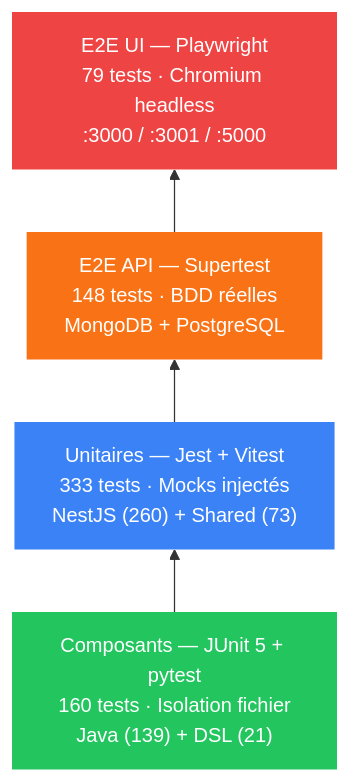
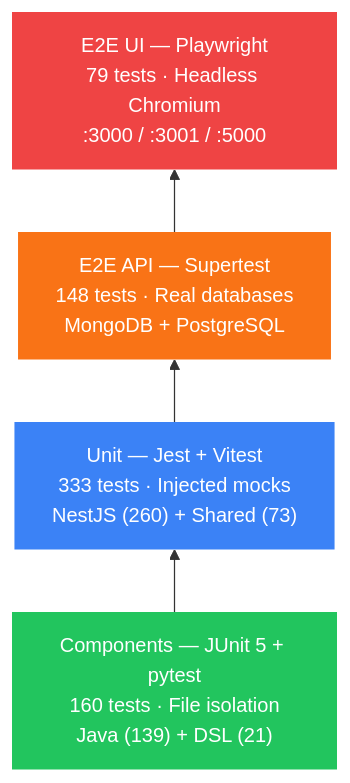
One commit to creibaud/QuartierConnect changed the first of 2 diagrams in docs/TEST.md. Above: the diagram before and after it, drawn with Mermaid. The commit also changed other lines of this file and 155 other files, not shown here.

````diff
--- a/docs/TEST.md
+++ b/docs/TEST.md
@@ -37,19 +37,19 @@
 ```mermaid
 flowchart BT
     classDef e2eui fill:#ef4444,color:#fff,stroke:none
     classDef e2eapi fill:#f97316,color:#fff,stroke:none
     classDef unit fill:#3b82f6,color:#fff,stroke:none
     classDef comp fill:#22c55e,color:#fff,stroke:none
 
-    E2EUI["E2E UI — Playwright<br/>79 tests · Chromium headless<br/>:3000 / :3001 / :5000"]
-    E2EAPI["E2E API — Supertest<br/>148 tests · BDD réelles<br/>MongoDB + PostgreSQL"]
-    UNIT["Unitaires — Jest + Vitest<br/>333 tests · Mocks injectés<br/>NestJS (260) + Shared (73)"]
-    COMP["Composants — JUnit 5 + pytest<br/>160 tests · Isolation fichier<br/>Java (139) + DSL (21)"]
+    E2EUI["E2E UI — Playwright<br/>79 tests · Headless Chromium<br/>:3000 / :3001 / :5000"]
+    E2EAPI["E2E API — Supertest<br/>148 tests · Real databases<br/>MongoDB + PostgreSQL"]
+    UNIT["Unit — Jest + Vitest<br/>333 tests · Injected mocks<br/>NestJS (260) + Shared (73)"]
+    COMP["Components — JUnit 5 + pytest<br/>160 tests · File isolation<br/>Java (139) + DSL (21)"]
 
     COMP --> UNIT --> E2EAPI --> E2EUI
 
     class E2EUI e2eui
     class E2EAPI e2eapi
     class UNIT unit
     class COMP comp
 ```
````
